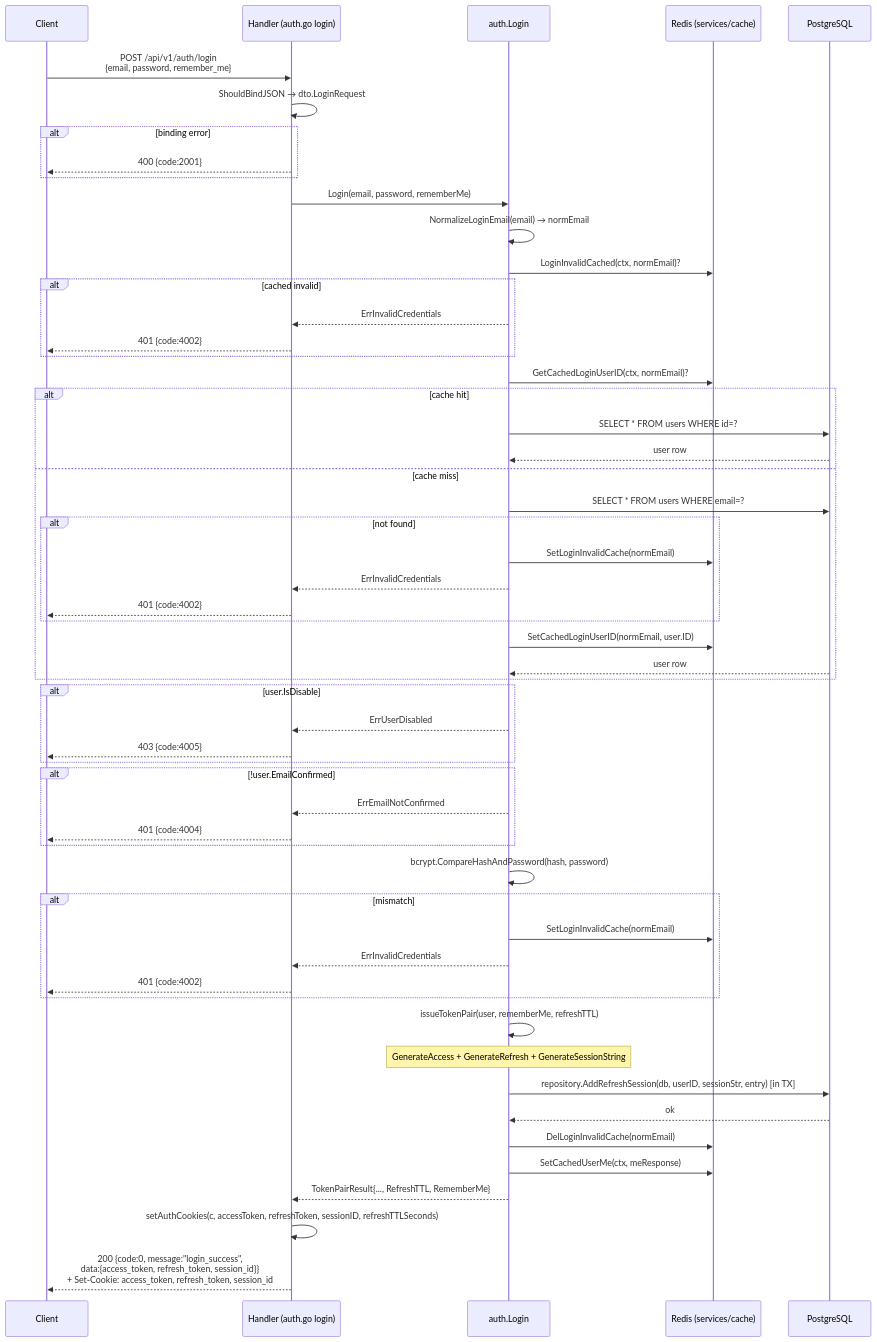
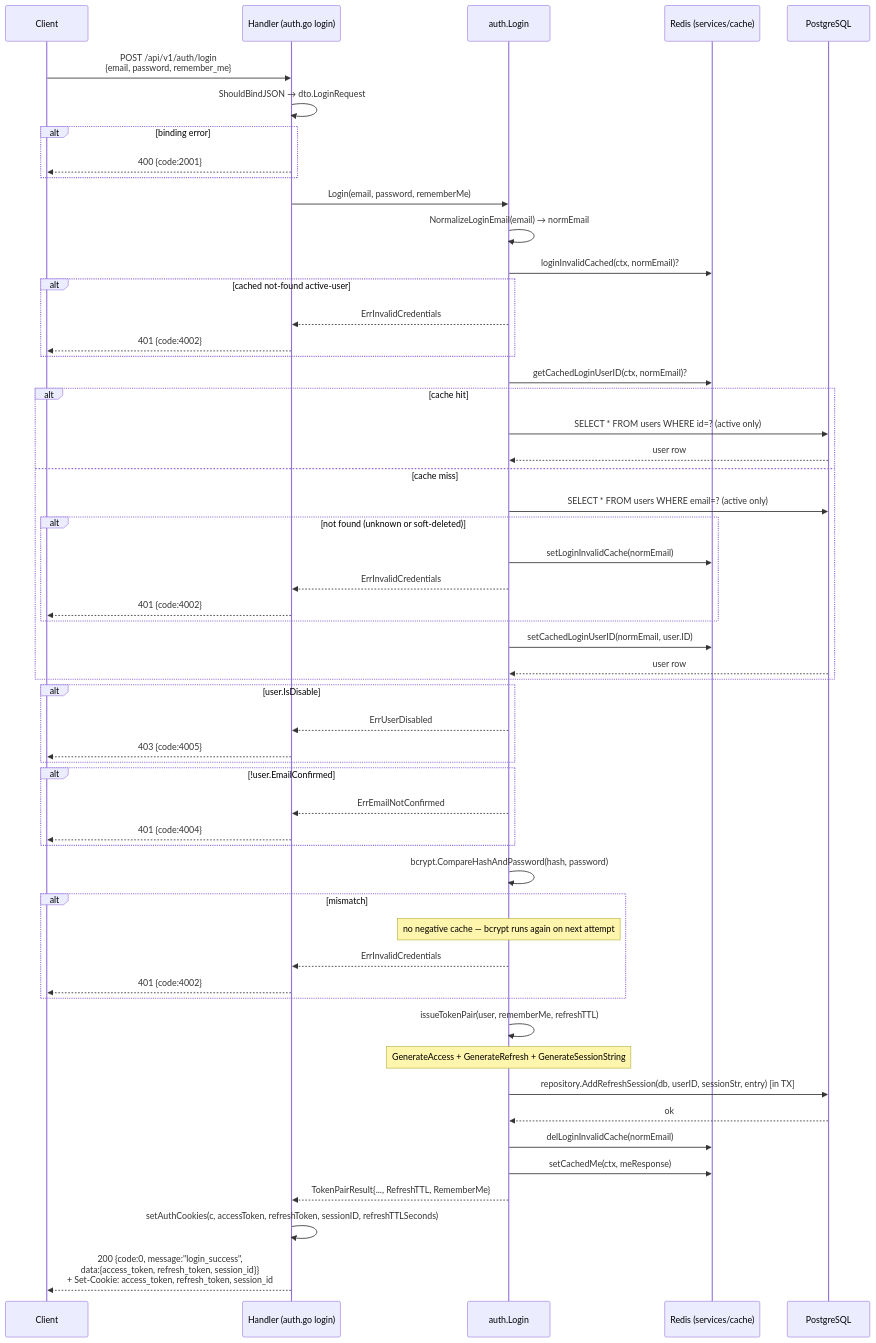
Before and after one commit to lkienkle11/be-mycourse: the sixth of 26 diagrams in docs/sequence_diagrams.md, drawn with Mermaid. The commit also changed other lines of this file and 5 other files, not shown here.

Commit message:
docs: document login negative cache and bcrypt policy

````diff
--- a/docs/sequence_diagrams.md
+++ b/docs/sequence_diagrams.md
@@ -288,65 +288,65 @@
 ```mermaid
 sequenceDiagram
     participant C as Client
     participant H as Handler (auth.go login)
     participant SVC as auth.Login
     participant Cache as Redis (services/cache)
     participant DB as PostgreSQL
 
     C->>H: POST /api/v1/auth/login<br/>{email, password, remember_me}
     H->>H: ShouldBindJSON → dto.LoginRequest
     alt binding error
         H-->>C: 400 {code:2001}
     end
 
     H->>SVC: Login(email, password, rememberMe)
     SVC->>SVC: NormalizeLoginEmail(email) → normEmail
-    SVC->>Cache: LoginInvalidCached(ctx, normEmail)?
-    alt cached invalid
+    SVC->>Cache: loginInvalidCached(ctx, normEmail)?
+    alt cached not-found active-user
         SVC-->>H: ErrInvalidCredentials
         H-->>C: 401 {code:4002}
     end
 
-    SVC->>Cache: GetCachedLoginUserID(ctx, normEmail)?
+    SVC->>Cache: getCachedLoginUserID(ctx, normEmail)?
     alt cache hit
-        SVC->>DB: SELECT * FROM users WHERE id=?
+        SVC->>DB: SELECT * FROM users WHERE id=? (active only)
         DB-->>SVC: user row
     else cache miss
-        SVC->>DB: SELECT * FROM users WHERE email=?
-        alt not found
-            SVC->>Cache: SetLoginInvalidCache(normEmail)
+        SVC->>DB: SELECT * FROM users WHERE email=? (active only)
+        alt not found (unknown or soft-deleted)
+            SVC->>Cache: setLoginInvalidCache(normEmail)
             SVC-->>H: ErrInvalidCredentials
             H-->>C: 401 {code:4002}
         end
-        SVC->>Cache: SetCachedLoginUserID(normEmail, user.ID)
+        SVC->>Cache: setCachedLoginUserID(normEmail, user.ID)
         DB-->>SVC: user row
     end
 
     alt user.IsDisable
         SVC-->>H: ErrUserDisabled
         H-->>C: 403 {code:4005}
     end
     alt !user.EmailConfirmed
         SVC-->>H: ErrEmailNotConfirmed
         H-->>C: 401 {code:4004}
     end
 
     SVC->>SVC: bcrypt.CompareHashAndPassword(hash, password)
     alt mismatch
-        SVC->>Cache: SetLoginInvalidCache(normEmail)
+        Note over SVC: no negative cache — bcrypt runs again on next attempt
         SVC-->>H: ErrInvalidCredentials
         H-->>C: 401 {code:4002}
     end
 
     SVC->>SVC: issueTokenPair(user, rememberMe, refreshTTL)
     Note over SVC: GenerateAccess + GenerateRefresh + GenerateSessionString
     SVC->>DB: repository.AddRefreshSession(db, userID, sessionStr, entry) [in TX]
     DB-->>SVC: ok
 
-    SVC->>Cache: DelLoginInvalidCache(normEmail)
-    SVC->>Cache: SetCachedUserMe(ctx, meResponse)
+    SVC->>Cache: delLoginInvalidCache(normEmail)
+    SVC->>Cache: setCachedMe(ctx, meResponse)
 
     SVC-->>H: TokenPairResult{..., RefreshTTL, RememberMe}
     H->>H: setAuthCookies(c, accessToken, refreshToken, sessionID, refreshTTLSeconds)
     H-->>C: 200 {code:0, message:"login_success",<br/>data:{access_token, refresh_token, session_id}}<br/>+ Set-Cookie: access_token, refresh_token, session_id
 ```
````
